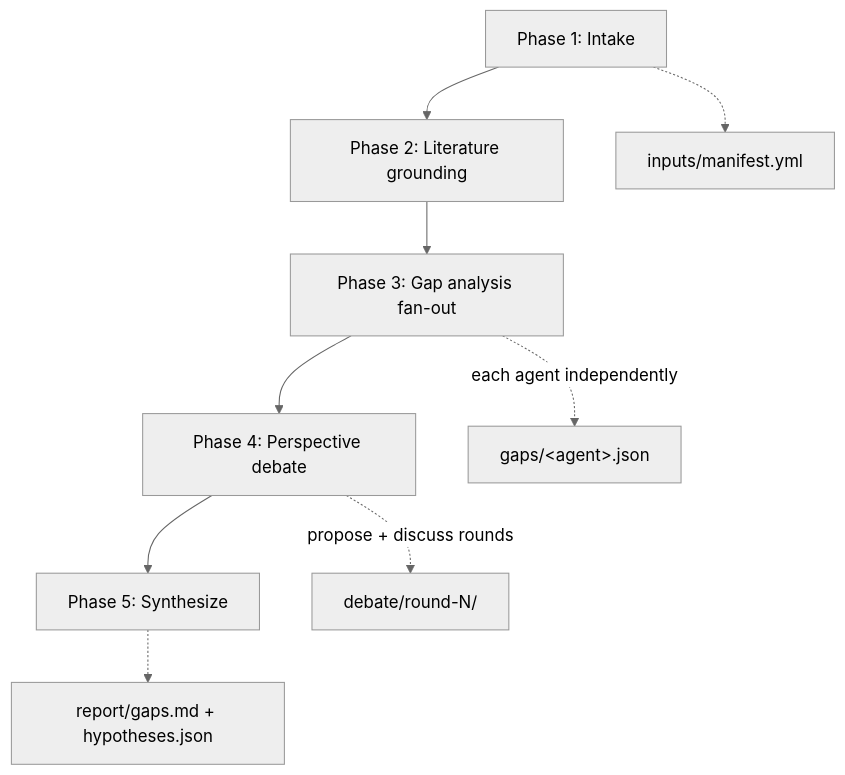
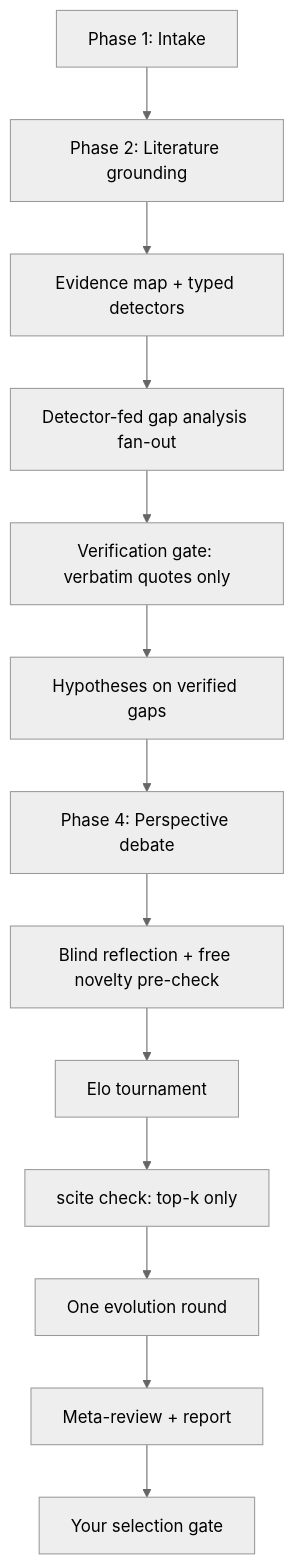
Before and after one commit to jedimik/ScieFlow: the diagram in docs/research/workflows/gap-discovery.md, drawn with Mermaid (neutral theme). The commit also changed other lines of this file and 12 other files, not shown here.

````diff
--- a/docs/research/workflows/gap-discovery.md
+++ b/docs/research/workflows/gap-discovery.md
@@ -14,11 +17,15 @@
 ```mermaid
 flowchart TD
     A[Phase 1: Intake] --> B[Phase 2: Literature grounding]
-    B --> C[Phase 3: Gap analysis fan-out]
-    C --> D[Phase 4: Perspective debate]
-    D --> E[Phase 5: Synthesize]
-    A -.-> A1[inputs/manifest.yml]
-    C -.->|each agent independently| C1[gaps/&lt;agent&gt;.json]
-    D -.->|propose + discuss rounds| D1[debate/round-N/]
-    E -.-> E1[report/gaps.md + hypotheses.json]
+    B --> C1[Evidence map + typed detectors]
+    C1 --> C2[Detector-fed gap analysis fan-out]
+    C2 --> C3[Verification gate: verbatim quotes only]
+    C3 --> C4[Hypotheses on verified gaps]
+    C4 --> D[Phase 4: Perspective debate]
+    D --> E1[Blind reflection + free novelty pre-check]
+    E1 --> E2[Elo tournament]
+    E2 --> E3[scite check: top-k only]
+    E3 --> E4[One evolution round]
+    E4 --> E5[Meta-review + report]
+    E5 --> E6[Your selection gate]
 ```
````
